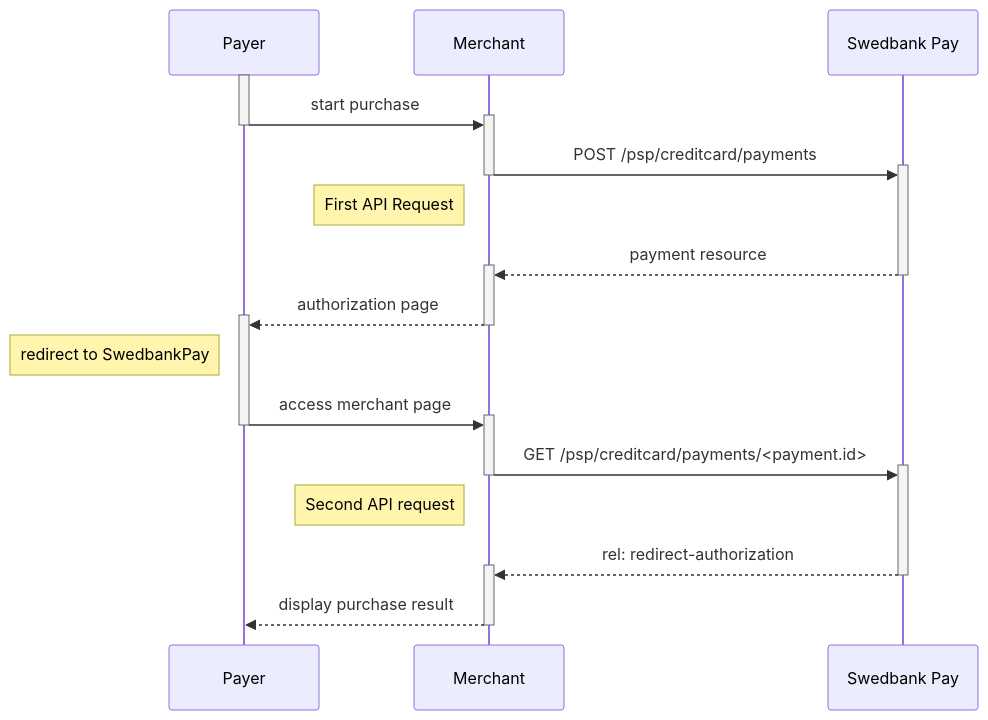
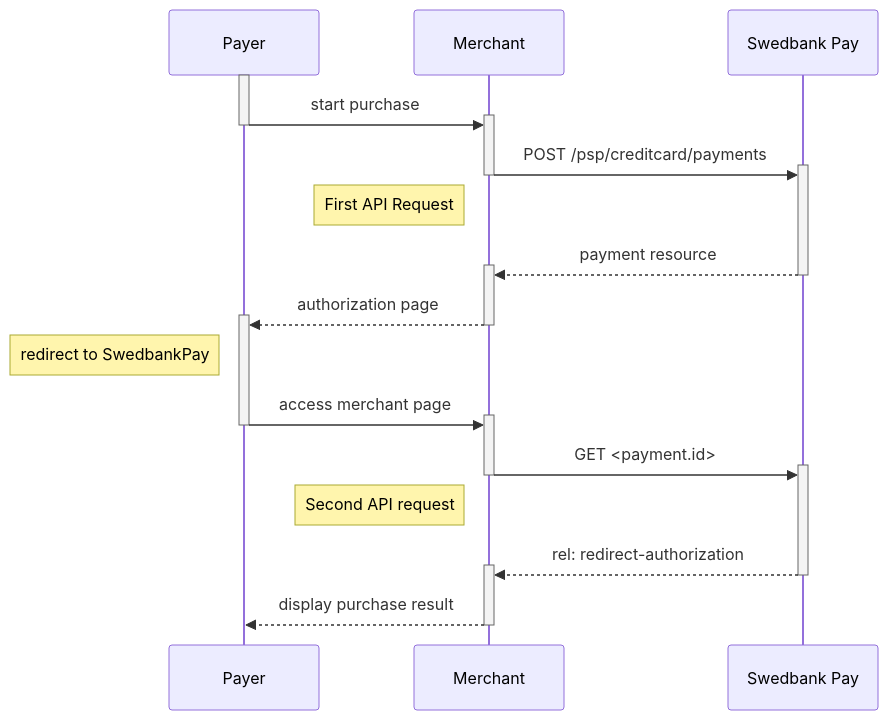
One commit to SwedbankPay/developer.swedbankpay.com changed the third of 4 diagrams in payments/credit-card/redirect.md. Above: the diagram before and after it, drawn with Mermaid. The commit also changed other lines of this file and 1 other file, not shown here.

````diff
--- a/payments/credit-card/redirect.md
+++ b/payments/credit-card/redirect.md
@@ -503,26 +501,26 @@
 ```mermaid
 sequenceDiagram
     participant Payer
     participant Merchant
     participant SwedbankPay as Swedbank Pay
 
     activate Payer
     Payer->>+Merchant: start purchase
     deactivate Payer
     Merchant->>+SwedbankPay: POST /psp/creditcard/payments
     deactivate Merchant
     note left of Merchant: First API Request
     SwedbankPay-->>+Merchant: payment resource
     deactivate SwedbankPay
     Merchant-->>+Payer: authorization page
     deactivate Merchant
     note left of Payer: redirect to SwedbankPay
     Payer->>+Merchant: access merchant page
     deactivate Payer
-    Merchant->>+SwedbankPay: GET /psp/creditcard/payments/<payment.id>
+    Merchant->>+SwedbankPay: GET <payment.id>
     deactivate Merchant
     note left of Merchant: Second API request
     SwedbankPay-->>+Merchant: rel: redirect-authorization
     deactivate SwedbankPay
     Merchant-->>-Payer: display purchase result
 ```
````
